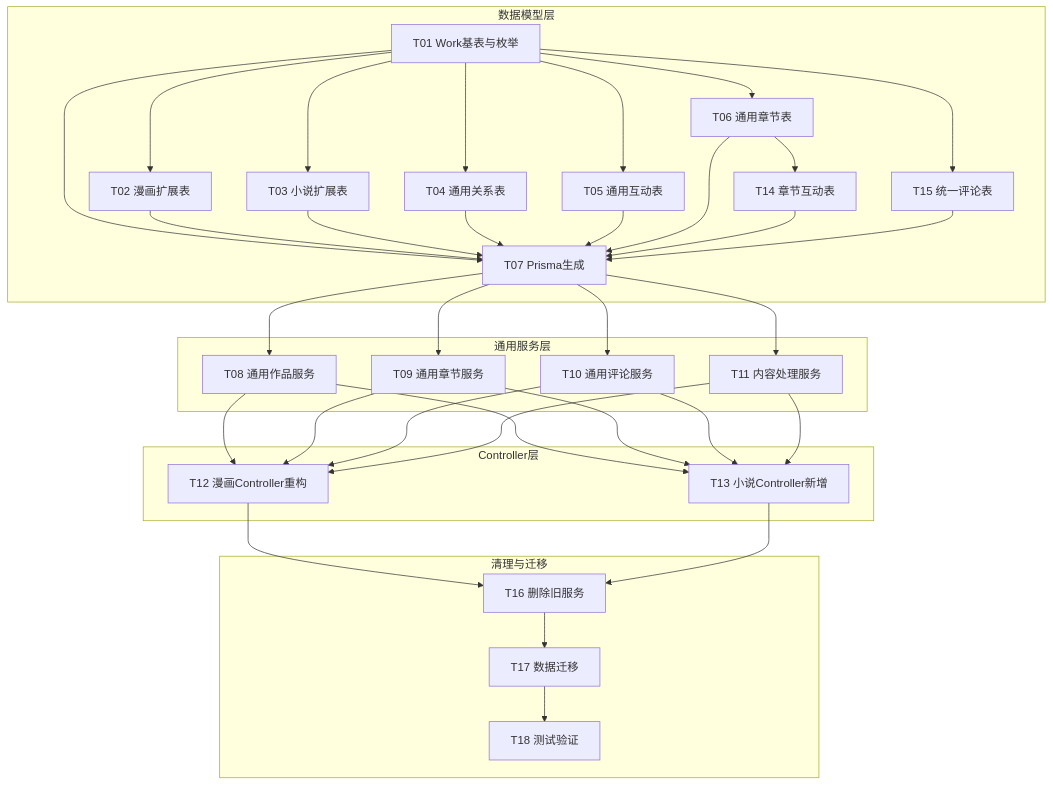
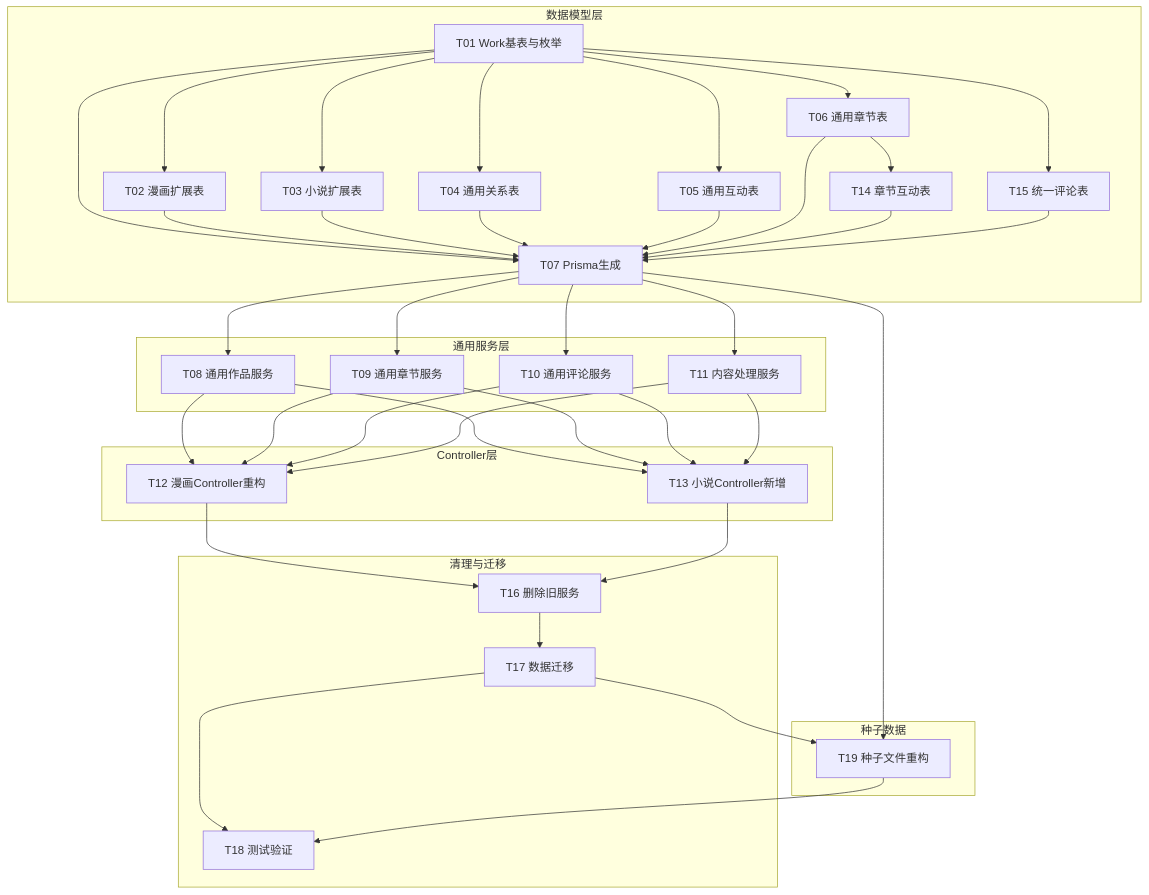
The diagram in docs/TASK_work_refactor_C.md (oneStrike/es-server), drawn with Mermaid before and after one commit. The commit also changed other lines of this file and 158 other files, not shown here.

````diff
--- a/docs/TASK_work_refactor_C.md
+++ b/docs/TASK_work_refactor_C.md
@@ -123,69 +124,77 @@
 ```mermaid
 graph TD
     subgraph 数据模型层
         T01[T01 Work基表与枚举]
         T02[T02 漫画扩展表]
         T03[T03 小说扩展表]
         T04[T04 通用关系表]
         T05[T05 通用互动表]
         T06[T06 通用章节表]
         T14[T14 章节互动表]
         T15[T15 统一评论表]
         T07[T07 Prisma生成]
     end
 
     subgraph 通用服务层
         T08[T08 通用作品服务]
         T09[T09 通用章节服务]
         T10[T10 通用评论服务]
         T11[T11 内容处理服务]
     end
 
     subgraph Controller层
         T12[T12 漫画Controller重构]
         T13[T13 小说Controller新增]
     end
 
     subgraph 清理与迁移
         T16[T16 删除旧服务]
         T17[T17 数据迁移]
         T18[T18 测试验证]
+    end
+
+    subgraph 种子数据
+        T19[T19 种子文件重构]
     end
 
     T01 --> T02
     T01 --> T03
     T01 --> T04
     T01 --> T05
     T01 --> T06
     T06 --> T14
     T01 --> T15
 
     T01 --> T07
     T02 --> T07
     T03 --> T07
     T04 --> T07
     T05 --> T07
     T06 --> T07
     T14 --> T07
     T15 --> T07
 
     T07 --> T08
     T07 --> T09
     T07 --> T10
     T07 --> T11
 
     T08 --> T12
     T09 --> T12
     T10 --> T12
     T11 --> T12
 
     T08 --> T13
     T09 --> T13
     T10 --> T13
     T11 --> T13
 
     T12 --> T16
     T13 --> T16
     T16 --> T17
     T17 --> T18
+
+    T07 --> T19
+    T17 --> T19
+    T19 --> T18
 ```
````
